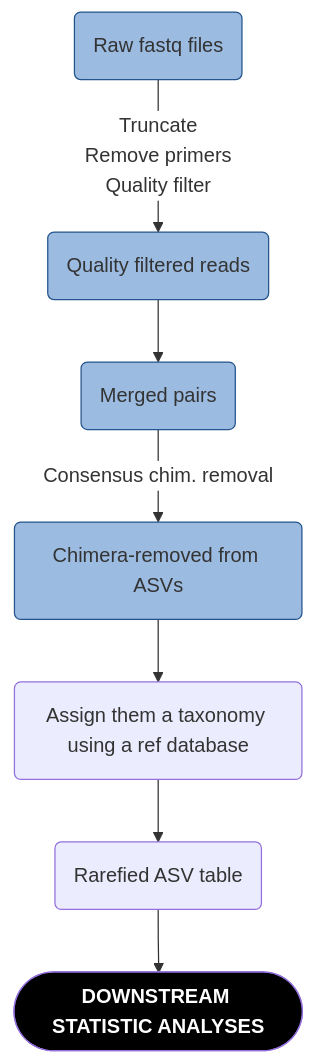
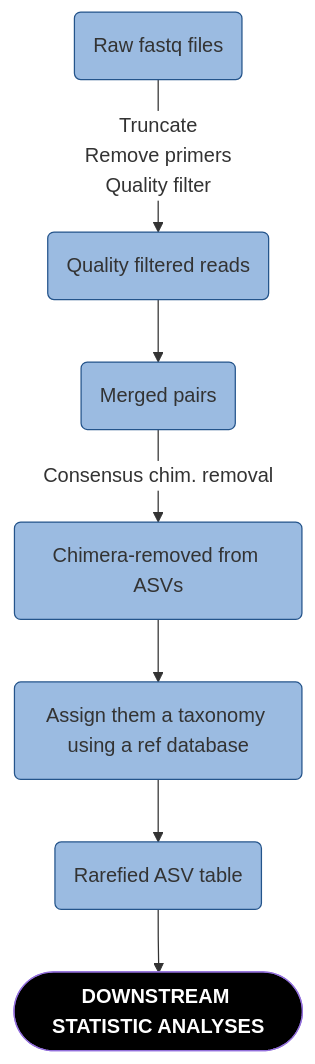
One commit to plchagnon/2023---Amy-Green-roofs-Sweden changed the diagram in Microbiome/README.md. Above: the diagram before and after it, drawn with Mermaid. The commit also changed other lines of this file, not shown here.

````diff
--- a/Microbiome/README.md
+++ b/Microbiome/README.md
@@ -16,13 +16,13 @@
 ```mermaid
 %%{init: {'themeVariables': { 'edgeLabelBackground': '#FFF'}}}%%
 flowchart TD
 raw(Raw fastq files):::bl -- Truncate <br> Remove primers <br> Quality filter --> q(Quality filtered reads):::bl
 q-->m(Merged pairs):::bl
 m-- Consensus chim. removal -->chim(Chimera-removed from ASVs):::bl
-chim--> tax(Assign them a taxonomy using a ref database) --> rar(Rarefied ASV table) -->st([<b>DOWNSTREAM STATISTIC ANALYSES</b>]) 
+chim--> tax(Assign them a taxonomy using a ref database):::bl --> rar(Rarefied ASV table):::bl -->st([<b>DOWNSTREAM STATISTIC ANALYSES</b>]) 
 
 style st fill:#000000,color:#FFFFFF
 
 classDef bl fill:#9BBBE1,stroke:#24548B 
 
 ```
````
